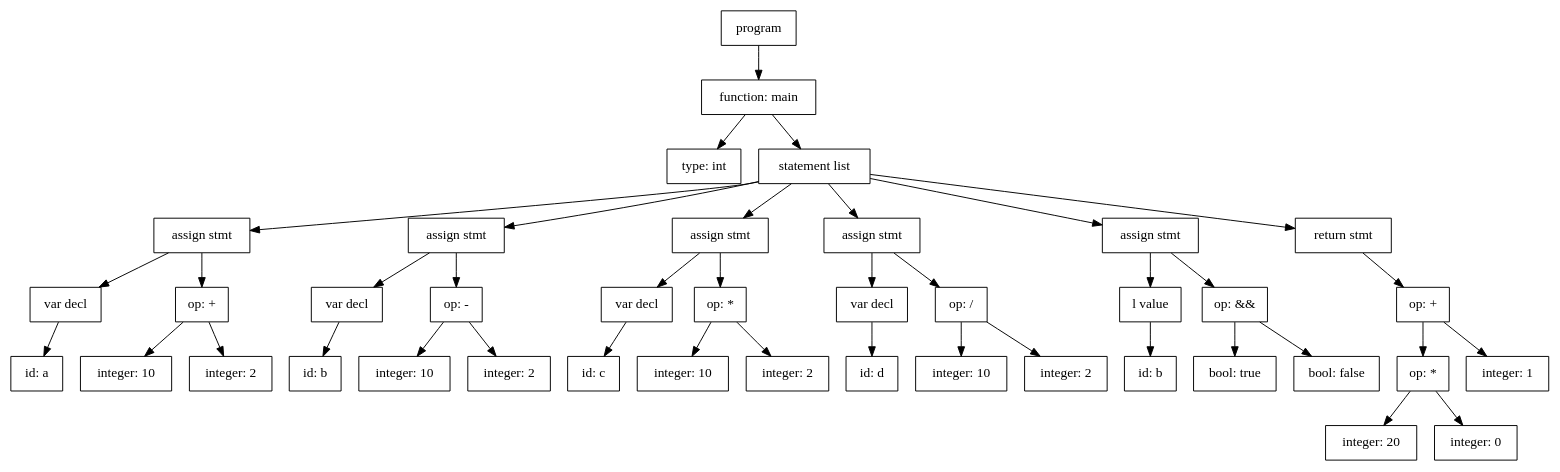
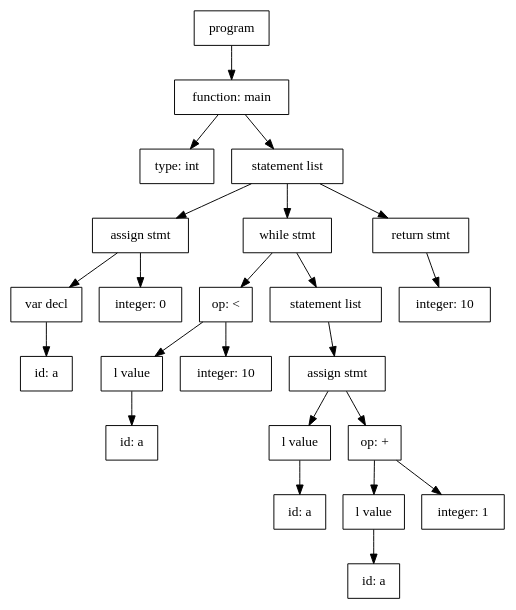
The diagram in ast.dot (abhicv/bee_lang), drawn with Graphviz before and after one commit. The commit also changed 6 other files, not shown here.

```diff
--- a/ast.dot
+++ b/ast.dot
@@ -1,81 +1,47 @@
 digraph AST {
 	NODE_TYPE_ANNOTATION_0 [shape=rectangle, label="type: int"]
 	NODE_IDENTIFIER_1 [shape=rectangle, label="id: a"]
 	NODE_VARIABLE_DECLARATION_2 [shape=rectangle, label="var decl"]
-	NODE_INTEGER_CONSTANT_3 [shape=rectangle, label="integer: 10"]
-	NODE_INTEGER_CONSTANT_4 [shape=rectangle, label="integer: 2"]
-	NODE_OPERATOR_5 [shape=rectangle, label="op: +"]
-	NODE_ASSIGN_STATEMENT_6 [shape=rectangle, label="assign stmt"]
-	NODE_IDENTIFIER_7 [shape=rectangle, label="id: b"]
-	NODE_VARIABLE_DECLARATION_8 [shape=rectangle, label="var decl"]
-	NODE_INTEGER_CONSTANT_9 [shape=rectangle, label="integer: 10"]
-	NODE_INTEGER_CONSTANT_10 [shape=rectangle, label="integer: 2"]
-	NODE_OPERATOR_11 [shape=rectangle, label="op: -"]
-	NODE_ASSIGN_STATEMENT_12 [shape=rectangle, label="assign stmt"]
-	NODE_IDENTIFIER_13 [shape=rectangle, label="id: c"]
-	NODE_VARIABLE_DECLARATION_14 [shape=rectangle, label="var decl"]
-	NODE_INTEGER_CONSTANT_15 [shape=rectangle, label="integer: 10"]
-	NODE_INTEGER_CONSTANT_16 [shape=rectangle, label="integer: 2"]
-	NODE_OPERATOR_17 [shape=rectangle, label="op: *"]
-	NODE_ASSIGN_STATEMENT_18 [shape=rectangle, label="assign stmt"]
-	NODE_IDENTIFIER_19 [shape=rectangle, label="id: d"]
-	NODE_VARIABLE_DECLARATION_20 [shape=rectangle, label="var decl"]
-	NODE_INTEGER_CONSTANT_21 [shape=rectangle, label="integer: 10"]
-	NODE_INTEGER_CONSTANT_22 [shape=rectangle, label="integer: 2"]
-	NODE_OPERATOR_23 [shape=rectangle, label="op: /"]
-	NODE_ASSIGN_STATEMENT_24 [shape=rectangle, label="assign stmt"]
-	NODE_IDENTIFIER_25 [shape=rectangle, label="id: b"]
-	NODE_L_VALUE_26 [shape=rectangle, label="l value"]
-	NODE_BOOLEAN_CONSTANT_27 [shape=rectangle, label="bool: true"]
-	NODE_BOOLEAN_CONSTANT_28 [shape=rectangle, label="bool: false"]
-	NODE_OPERATOR_29 [shape=rectangle, label="op: &&"]
-	NODE_ASSIGN_STATEMENT_30 [shape=rectangle, label="assign stmt"]
-	NODE_INTEGER_CONSTANT_31 [shape=rectangle, label="integer: 20"]
-	NODE_INTEGER_CONSTANT_32 [shape=rectangle, label="integer: 0"]
-	NODE_OPERATOR_33 [shape=rectangle, label="op: *"]
-	NODE_INTEGER_CONSTANT_34 [shape=rectangle, label="integer: 1"]
-	NODE_OPERATOR_35 [shape=rectangle, label="op: +"]
-	NODE_RETURN_STATEMENT_36 [shape=rectangle, label="return stmt"]
-	NODE_STATEMENT_LIST_37 [shape=rectangle, label="statement list"]
-	NODE_FUNCTION_DEFINITION_38 [shape=rectangle, label="function: main"]
-	NODE_PROGRAM_39 [shape=rectangle, label="program"]
-	NODE_PROGRAM_39 -> NODE_FUNCTION_DEFINITION_38
-	NODE_FUNCTION_DEFINITION_38 -> NODE_TYPE_ANNOTATION_0
-	NODE_FUNCTION_DEFINITION_38 -> NODE_STATEMENT_LIST_37
-	NODE_STATEMENT_LIST_37 -> NODE_ASSIGN_STATEMENT_6
-	NODE_ASSIGN_STATEMENT_6 -> NODE_VARIABLE_DECLARATION_2
+	NODE_INTEGER_CONSTANT_3 [shape=rectangle, label="integer: 0"]
+	NODE_ASSIGN_STATEMENT_4 [shape=rectangle, label="assign stmt"]
+	NODE_IDENTIFIER_5 [shape=rectangle, label="id: a"]
+	NODE_L_VALUE_6 [shape=rectangle, label="l value"]
+	NODE_INTEGER_CONSTANT_7 [shape=rectangle, label="integer: 10"]
+	NODE_OPERATOR_8 [shape=rectangle, label="op: <"]
+	NODE_IDENTIFIER_9 [shape=rectangle, label="id: a"]
+	NODE_L_VALUE_10 [shape=rectangle, label="l value"]
+	NODE_IDENTIFIER_11 [shape=rectangle, label="id: a"]
+	NODE_L_VALUE_12 [shape=rectangle, label="l value"]
+	NODE_INTEGER_CONSTANT_13 [shape=rectangle, label="integer: 1"]
+	NODE_OPERATOR_14 [shape=rectangle, label="op: +"]
+	NODE_ASSIGN_STATEMENT_15 [shape=rectangle, label="assign stmt"]
+	NODE_STATEMENT_LIST_16 [shape=rectangle, label="statement list"]
+	NODE_WHILE_STATEMENT_17 [shape=rectangle, label="while stmt"]
+	NODE_INTEGER_CONSTANT_18 [shape=rectangle, label="integer: 10"]
+	NODE_RETURN_STATEMENT_19 [shape=rectangle, label="return stmt"]
+	NODE_STATEMENT_LIST_20 [shape=rectangle, label="statement list"]
+	NODE_FUNCTION_DEFINITION_21 [shape=rectangle, label="function: main"]
+	NODE_PROGRAM_22 [shape=rectangle, label="program"]
+	NODE_PROGRAM_22 -> NODE_FUNCTION_DEFINITION_21
+	NODE_FUNCTION_DEFINITION_21 -> NODE_TYPE_ANNOTATION_0
+	NODE_FUNCTION_DEFINITION_21 -> NODE_STATEMENT_LIST_20
+	NODE_STATEMENT_LIST_20 -> NODE_ASSIGN_STATEMENT_4
+	NODE_ASSIGN_STATEMENT_4 -> NODE_VARIABLE_DECLARATION_2
 	NODE_VARIABLE_DECLARATION_2 -> NODE_IDENTIFIER_1
-	NODE_ASSIGN_STATEMENT_6 -> NODE_OPERATOR_5
-	NODE_OPERATOR_5 -> NODE_INTEGER_CONSTANT_3
-	NODE_OPERATOR_5 -> NODE_INTEGER_CONSTANT_4
-	NODE_STATEMENT_LIST_37 -> NODE_ASSIGN_STATEMENT_12
-	NODE_ASSIGN_STATEMENT_12 -> NODE_VARIABLE_DECLARATION_8
-	NODE_VARIABLE_DECLARATION_8 -> NODE_IDENTIFIER_7
-	NODE_ASSIGN_STATEMENT_12 -> NODE_OPERATOR_11
-	NODE_OPERATOR_11 -> NODE_INTEGER_CONSTANT_9
-	NODE_OPERATOR_11 -> NODE_INTEGER_CONSTANT_10
-	NODE_STATEMENT_LIST_37 -> NODE_ASSIGN_STATEMENT_18
-	NODE_ASSIGN_STATEMENT_18 -> NODE_VARIABLE_DECLARATION_14
-	NODE_VARIABLE_DECLARATION_14 -> NODE_IDENTIFIER_13
-	NODE_ASSIGN_STATEMENT_18 -> NODE_OPERATOR_17
-	NODE_OPERATOR_17 -> NODE_INTEGER_CONSTANT_15
-	NODE_OPERATOR_17 -> NODE_INTEGER_CONSTANT_16
-	NODE_STATEMENT_LIST_37 -> NODE_ASSIGN_STATEMENT_24
-	NODE_ASSIGN_STATEMENT_24 -> NODE_VARIABLE_DECLARATION_20
-	NODE_VARIABLE_DECLARATION_20 -> NODE_IDENTIFIER_19
-	NODE_ASSIGN_STATEMENT_24 -> NODE_OPERATOR_23
-	NODE_OPERATOR_23 -> NODE_INTEGER_CONSTANT_21
-	NODE_OPERATOR_23 -> NODE_INTEGER_CONSTANT_22
-	NODE_STATEMENT_LIST_37 -> NODE_ASSIGN_STATEMENT_30
-	NODE_ASSIGN_STATEMENT_30 -> NODE_L_VALUE_26
-	NODE_L_VALUE_26 -> NODE_IDENTIFIER_25
-	NODE_ASSIGN_STATEMENT_30 -> NODE_OPERATOR_29
-	NODE_OPERATOR_29 -> NODE_BOOLEAN_CONSTANT_27
-	NODE_OPERATOR_29 -> NODE_BOOLEAN_CONSTANT_28
-	NODE_STATEMENT_LIST_37 -> NODE_RETURN_STATEMENT_36
-	NODE_RETURN_STATEMENT_36 -> NODE_OPERATOR_35
-	NODE_OPERATOR_35 -> NODE_OPERATOR_33
-	NODE_OPERATOR_33 -> NODE_INTEGER_CONSTANT_31
-	NODE_OPERATOR_33 -> NODE_INTEGER_CONSTANT_32
-	NODE_OPERATOR_35 -> NODE_INTEGER_CONSTANT_34
+	NODE_ASSIGN_STATEMENT_4 -> NODE_INTEGER_CONSTANT_3
+	NODE_STATEMENT_LIST_20 -> NODE_WHILE_STATEMENT_17
+	NODE_WHILE_STATEMENT_17 -> NODE_OPERATOR_8
+	NODE_OPERATOR_8 -> NODE_L_VALUE_6
+	NODE_L_VALUE_6 -> NODE_IDENTIFIER_5
+	NODE_OPERATOR_8 -> NODE_INTEGER_CONSTANT_7
+	NODE_WHILE_STATEMENT_17 -> NODE_STATEMENT_LIST_16
+	NODE_STATEMENT_LIST_16 -> NODE_ASSIGN_STATEMENT_15
+	NODE_ASSIGN_STATEMENT_15 -> NODE_L_VALUE_10
+	NODE_L_VALUE_10 -> NODE_IDENTIFIER_9
+	NODE_ASSIGN_STATEMENT_15 -> NODE_OPERATOR_14
+	NODE_OPERATOR_14 -> NODE_L_VALUE_12
+	NODE_L_VALUE_12 -> NODE_IDENTIFIER_11
+	NODE_OPERATOR_14 -> NODE_INTEGER_CONSTANT_13
+	NODE_STATEMENT_LIST_20 -> NODE_RETURN_STATEMENT_19
+	NODE_RETURN_STATEMENT_19 -> NODE_INTEGER_CONSTANT_18
 }
```
